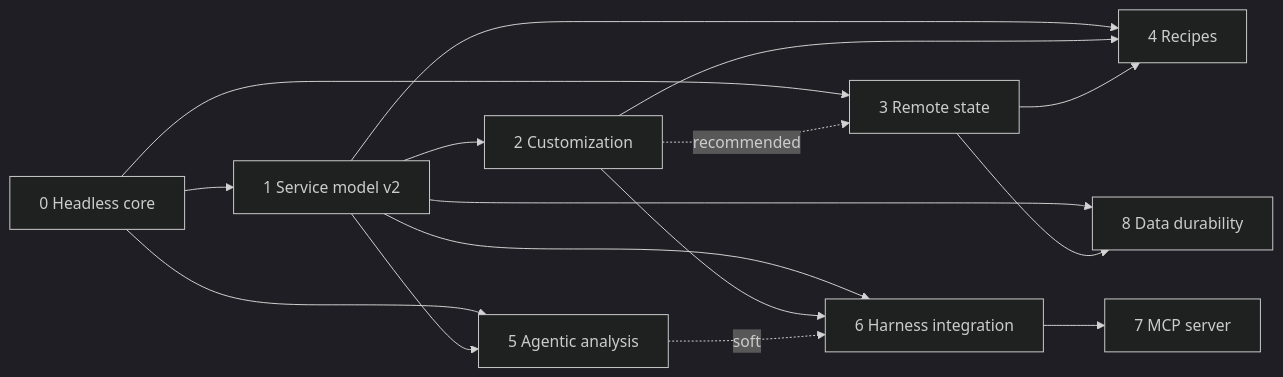
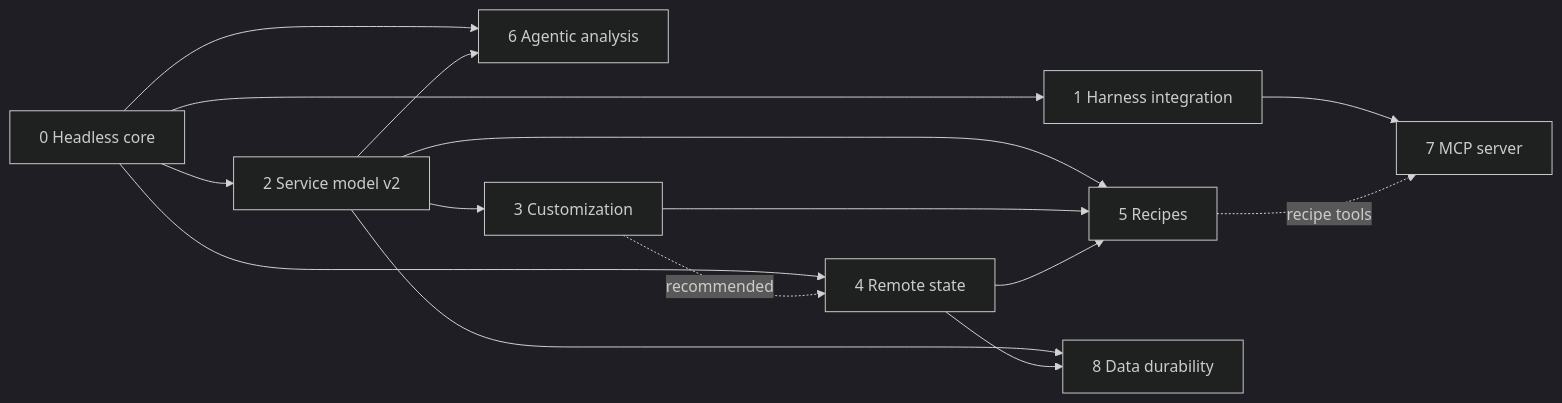
One commit to abhishek-ram/opsmith-cli changed the diagram in docs/notes/2026-09-04-migration-plan.md. Above: the diagram before and after it, drawn with Mermaid (dark theme). The commit also changed other lines of this file and 43 other files, not shown here.

First line of the commit message:
Phase 1: coding-harness integration

````diff
--- a/docs/notes/2026-09-04-migration-plan.md
+++ b/docs/notes/2026-09-04-migration-plan.md
@@ -24,18 +29,17 @@
 ```mermaid
 graph LR
-  P0[0 Headless core] --> P1[1 Service model v2]
-  P0 --> P3[3 Remote state]
-  P0 --> P5[5 Agentic analysis]
-  P1 --> P2[2 Customization]
-  P2 -. recommended .-> P3
-  P1 --> P4[4 Recipes]
-  P2 --> P4
-  P3 --> P4
-  P1 --> P5
-  P1 --> P6[6 Harness integration]
+  P0[0 Headless core] --> P1[1 Harness integration]
+  P0 --> P2[2 Service model v2]
+  P0 --> P4[4 Remote state]
+  P0 --> P6[6 Agentic analysis]
+  P2 --> P3[3 Customization]
+  P3 -. recommended .-> P4
+  P2 --> P5[5 Recipes]
+  P3 --> P5
+  P4 --> P5
   P2 --> P6
-  P5 -. soft .-> P6
-  P6 --> P7[7 MCP server]
-  P1 --> P8[8 Data durability]
-  P3 --> P8
+  P1 --> P7[7 MCP server]
+  P5 -. recipe tools .-> P7
+  P2 --> P8[8 Data durability]
+  P4 --> P8
 ```
````
